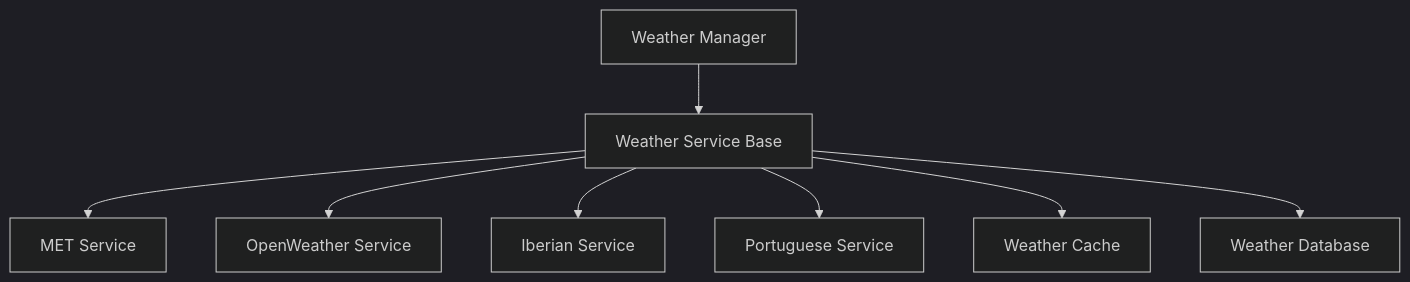
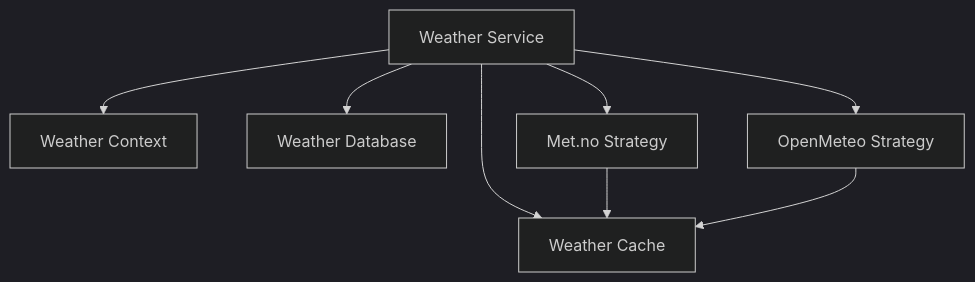
Before and after one commit to nasula/golfcal2: the first of 4 diagrams in docs/architecture/services.md, drawn with Mermaid (dark theme). The commit also changed other lines of this file and 16 other files, not shown here.

First line of the commit message:
Refactor weather service documentation with strategy pattern and improved provider implementations

````diff
--- a/docs/architecture/services.md
+++ b/docs/architecture/services.md
@@ -76,10 +91,10 @@
 ```mermaid
 graph TD
-    WM[Weather Manager] --> WS[Weather Service Base]
-    WS --> MET[MET Service]
-    WS --> OW[OpenWeather Service]
-    WS --> IB[Iberian Service]
-    WS --> PT[Portuguese Service]
+    WS[Weather Service] --> WC[Weather Context]
     WS --> Cache[Weather Cache]
     WS --> DB[Weather Database]
+    WS --> Met[Met.no Strategy]
+    WS --> OM[OpenMeteo Strategy]
+    Met --> Cache
+    OM --> Cache
 ```
````
